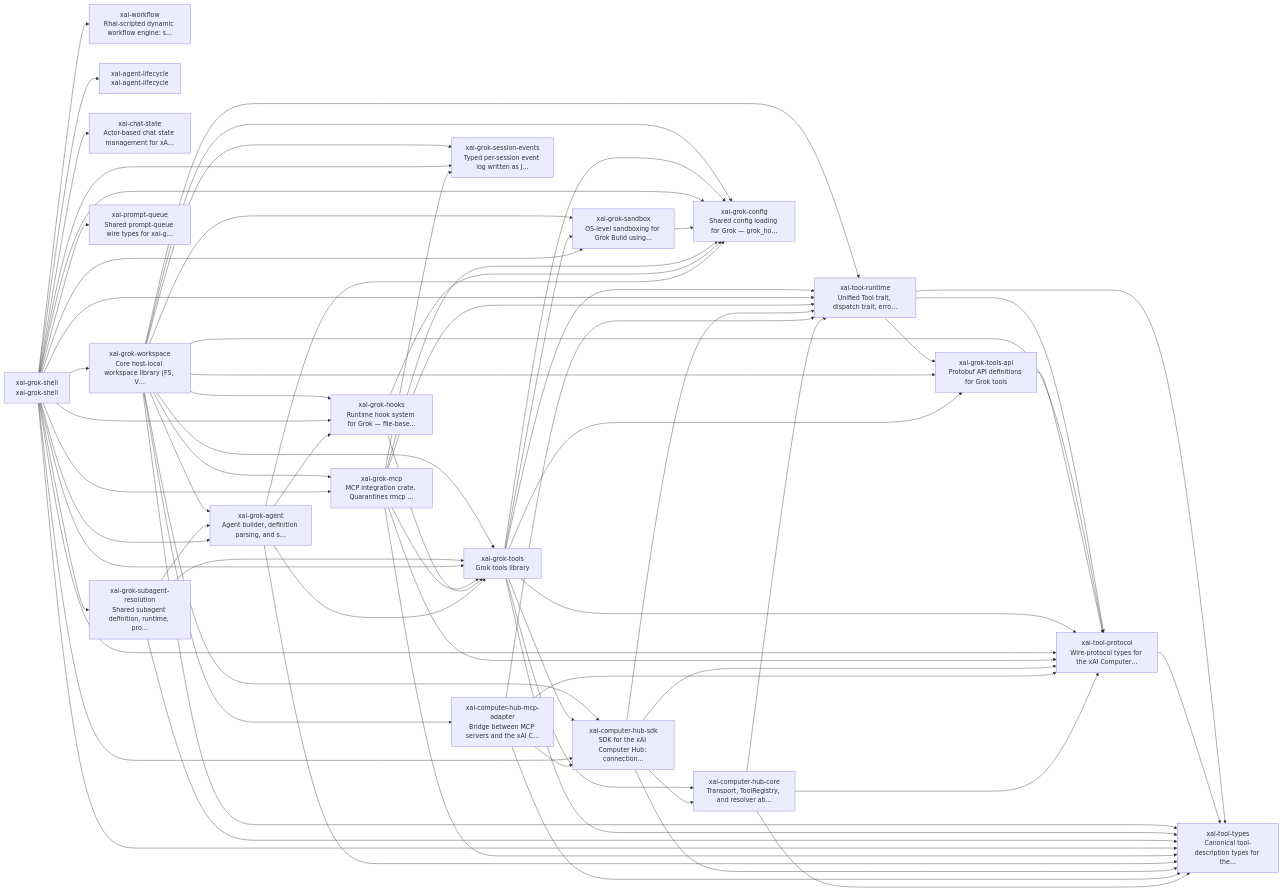
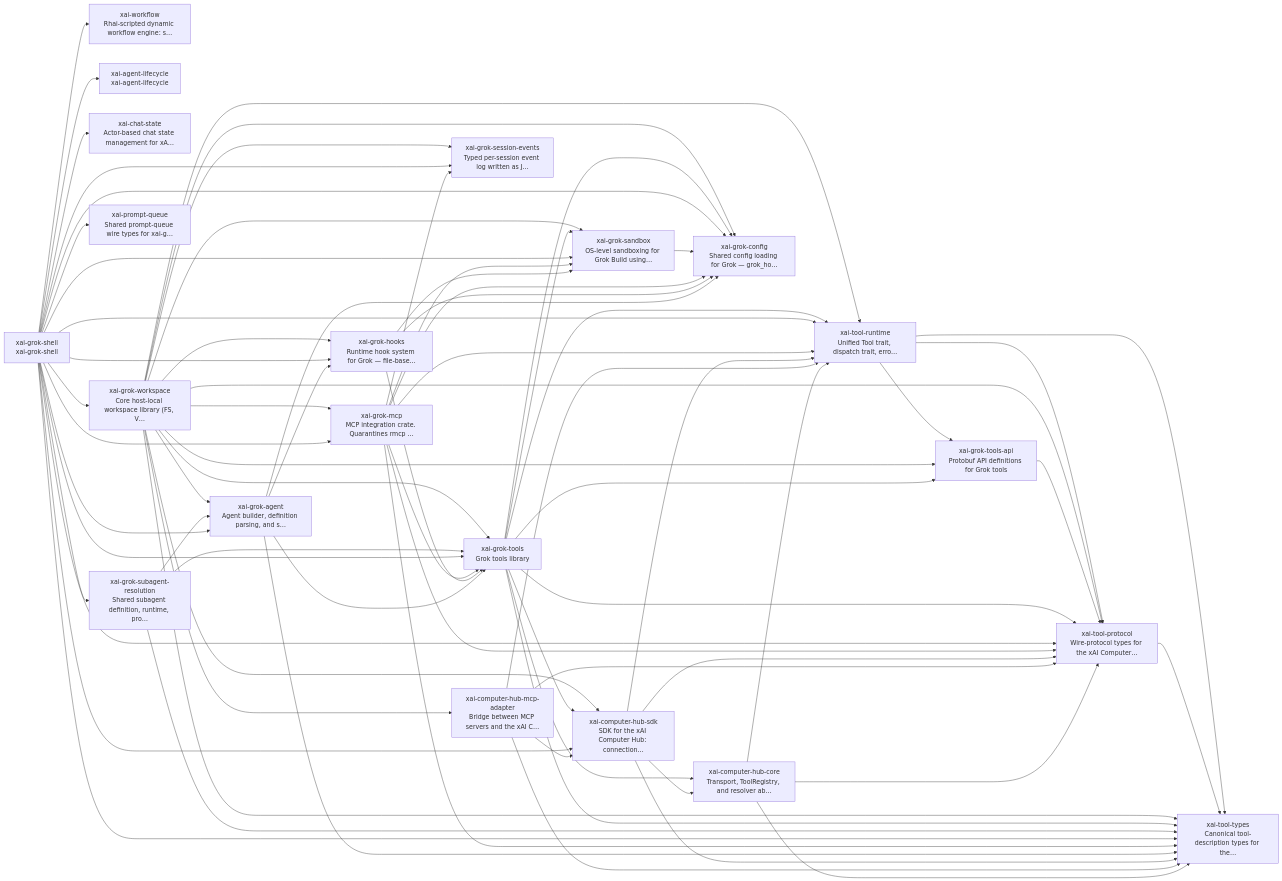
Before and after one commit to 2686521696/WhyBuddy: the second of 5 diagrams in docs/grok-build 架构图（自动生成）.md, drawn with Mermaid. The commit also changed other lines of this file and 1 other file, not shown here.

First line of the commit message:
重新生成四份架构图：grok 对照物换到当前 rev，Python 图补上新边。

```diff
--- a/docs/grok-build 架构图（自动生成）.md
+++ b/docs/grok-build 架构图（自动生成）.md
@@ -81,8 +81,10 @@
   c_xai_grok_agent --> c_xai_grok_tools
   c_xai_grok_agent --> c_xai_tool_types
   c_xai_grok_hooks --> c_xai_grok_config
+  c_xai_grok_hooks --> c_xai_grok_sandbox
   c_xai_grok_hooks --> c_xai_grok_tools
   c_xai_grok_mcp --> c_xai_grok_config
+  c_xai_grok_mcp --> c_xai_grok_sandbox
   c_xai_grok_mcp --> c_xai_grok_session_events
   c_xai_grok_mcp --> c_xai_grok_tools
   c_xai_grok_mcp --> c_xai_tool_protocol
```
